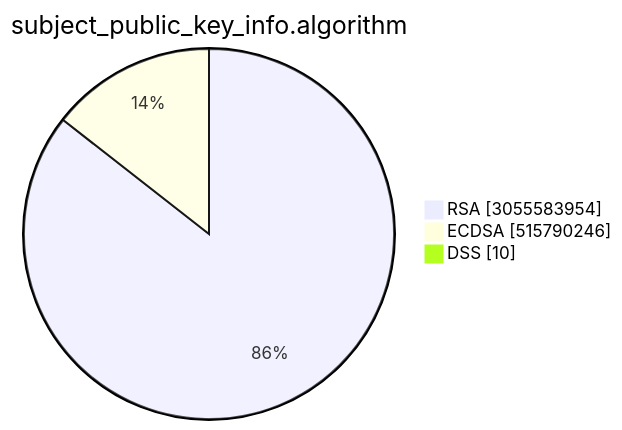
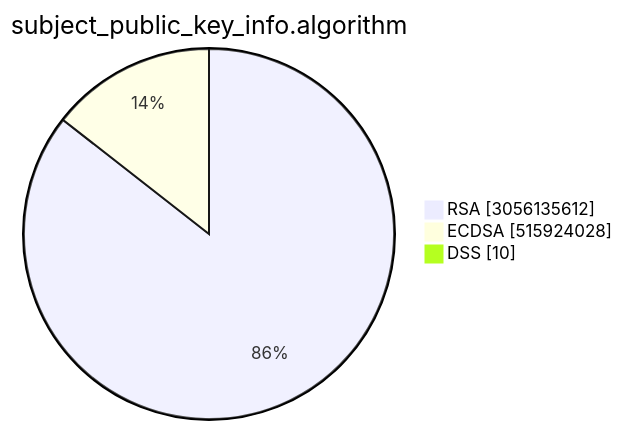
Before and after one commit to christiankrug/ctmonitor_visualization: the second of 15 diagrams in TOTAL/README.md, drawn with Mermaid. The commit also changed other lines of this file, not shown here.

````diff
--- a/TOTAL/README.md
+++ b/TOTAL/README.md
@@ -6,7 +6,7 @@
 ```mermaid
 pie showData
 title subject_public_key_info.algorithm
-"RSA" :3055583954
-"ECDSA" :515790246
+"RSA" :3056135612
+"ECDSA" :515924028
 "DSS" :10
 ```
````
